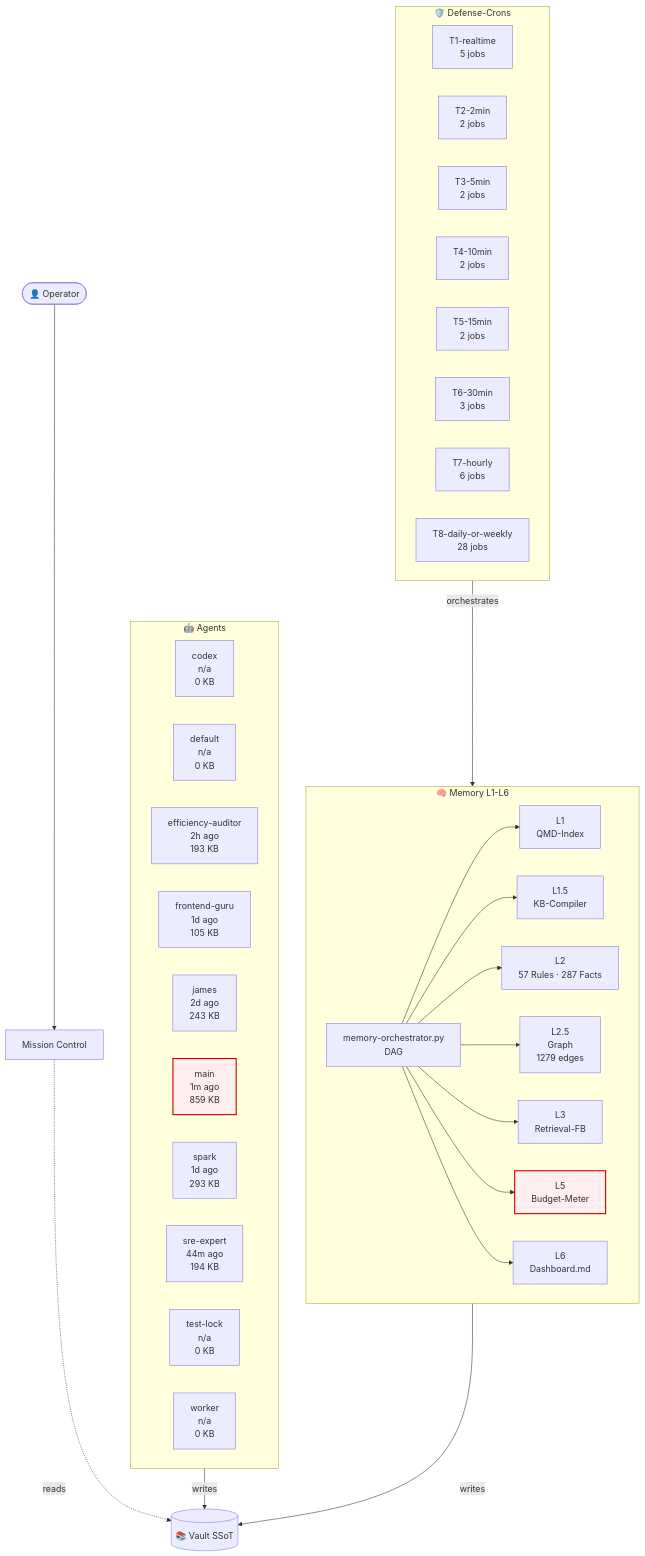
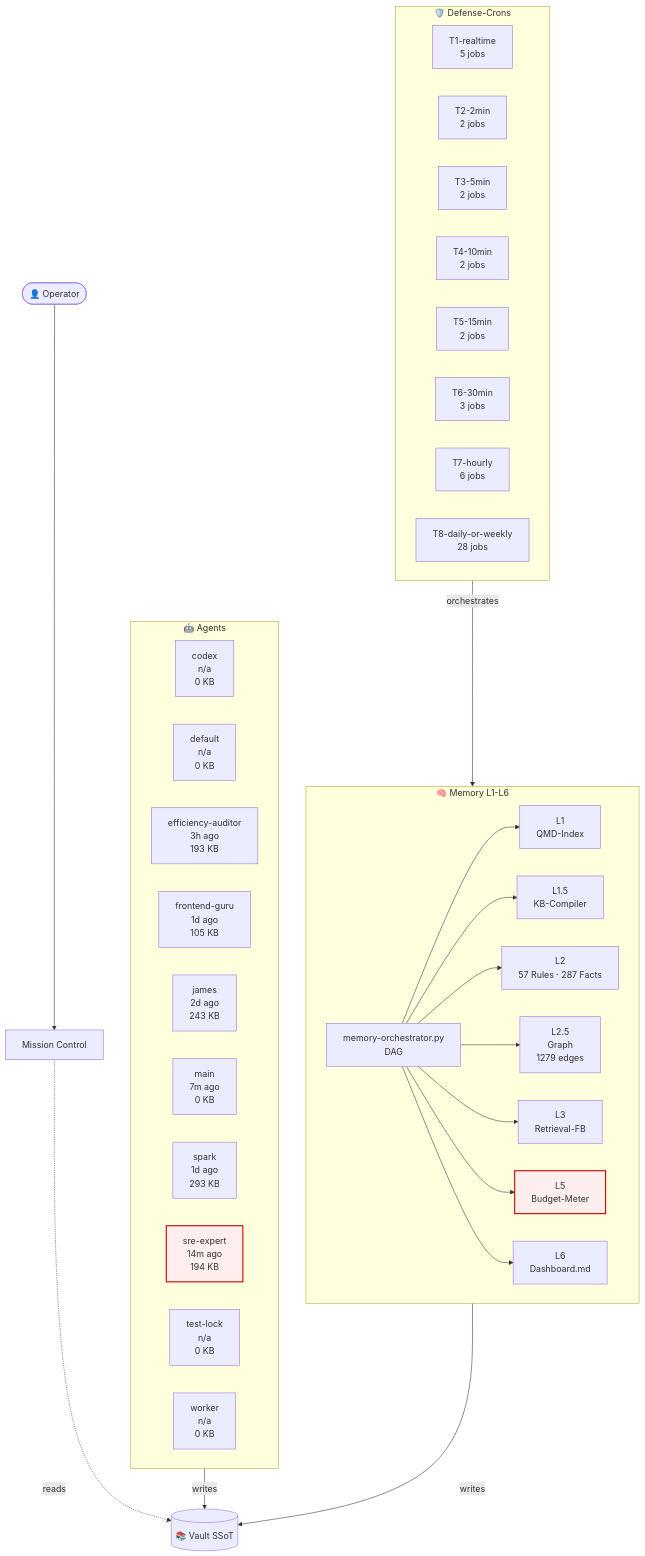
Before and after one commit to lenardhuebner88-rgb/openclaw-memory: the diagram in 03-Agents/architecture-live.md, drawn with Mermaid. The commit also changed other lines of this file and 15 other files, not shown here.

````diff
--- a/03-Agents/architecture-live.md
+++ b/03-Agents/architecture-live.md
@@ -18,53 +18,53 @@
 ```mermaid
 flowchart TB
     classDef critical fill:#fee,stroke:#c00,stroke-width:2px;
     subgraph AGT["🤖 Agents"]
         agent_codex["codex<br/>n/a<br/>0 KB"]
         agent_default["default<br/>n/a<br/>0 KB"]
-        agent_efficiency_auditor["efficiency-auditor<br/>2h ago<br/>193 KB"]
+        agent_efficiency_auditor["efficiency-auditor<br/>3h ago<br/>193 KB"]
         agent_frontend_guru["frontend-guru<br/>1d ago<br/>105 KB"]
         agent_james["james<br/>2d ago<br/>243 KB"]
-        agent_main["main<br/>1m ago<br/>859 KB"]
+        agent_main["main<br/>7m ago<br/>0 KB"]
         agent_spark["spark<br/>1d ago<br/>293 KB"]
-        agent_sre_expert["sre-expert<br/>44m ago<br/>194 KB"]
+        agent_sre_expert["sre-expert<br/>14m ago<br/>194 KB"]
         agent_test_lock["test-lock<br/>n/a<br/>0 KB"]
         agent_worker["worker<br/>n/a<br/>0 KB"]
     end
     subgraph MEM["🧠 Memory L1-L6"]
         L1["L1<br/>QMD-Index"]
         L15["L1.5<br/>KB-Compiler"]
         L2["L2<br/>57 Rules · 287 Facts"]
         L25["L2.5<br/>Graph<br/>1279 edges"]
         L3["L3<br/>Retrieval-FB"]
         L5["L5<br/>Budget-Meter"]
         L6["L6<br/>Dashboard.md"]
         ORCH["memory-orchestrator.py<br/>DAG"]
     end
     subgraph CRN["🛡️ Defense-Crons"]
         tier_T1_realtime["T1-realtime<br/>5 jobs"]
         tier_T2_2min["T2-2min<br/>2 jobs"]
         tier_T3_5min["T3-5min<br/>2 jobs"]
         tier_T4_10min["T4-10min<br/>2 jobs"]
         tier_T5_15min["T5-15min<br/>2 jobs"]
         tier_T6_30min["T6-30min<br/>3 jobs"]
         tier_T7_hourly["T7-hourly<br/>6 jobs"]
         tier_T8_daily_or_weekly["T8-daily-or-weekly<br/>28 jobs"]
     end
     VAULT[("📚 Vault SSoT")]
     OP([👤 Operator])
     MC["Mission Control"]
     OP --> MC
     MC -.reads.-> VAULT
     AGT -->|writes| VAULT
     MEM -->|writes| VAULT
     ORCH --> L1
     ORCH --> L15
     ORCH --> L2
     ORCH --> L25
     ORCH --> L3
     ORCH --> L5
     ORCH --> L6
     CRN -->|orchestrates| MEM
     class L5 critical
-    class agent_main critical
+    class agent_sre_expert critical
 ```
````
